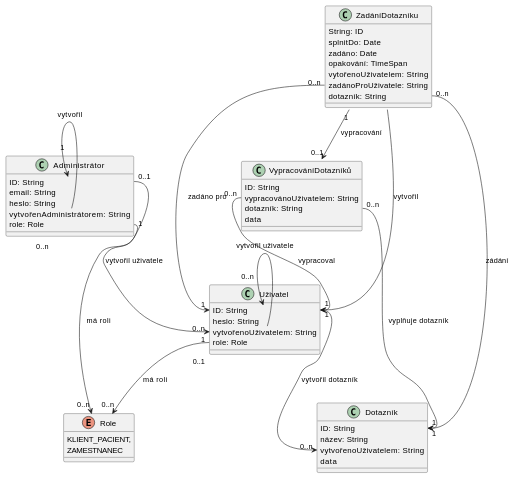
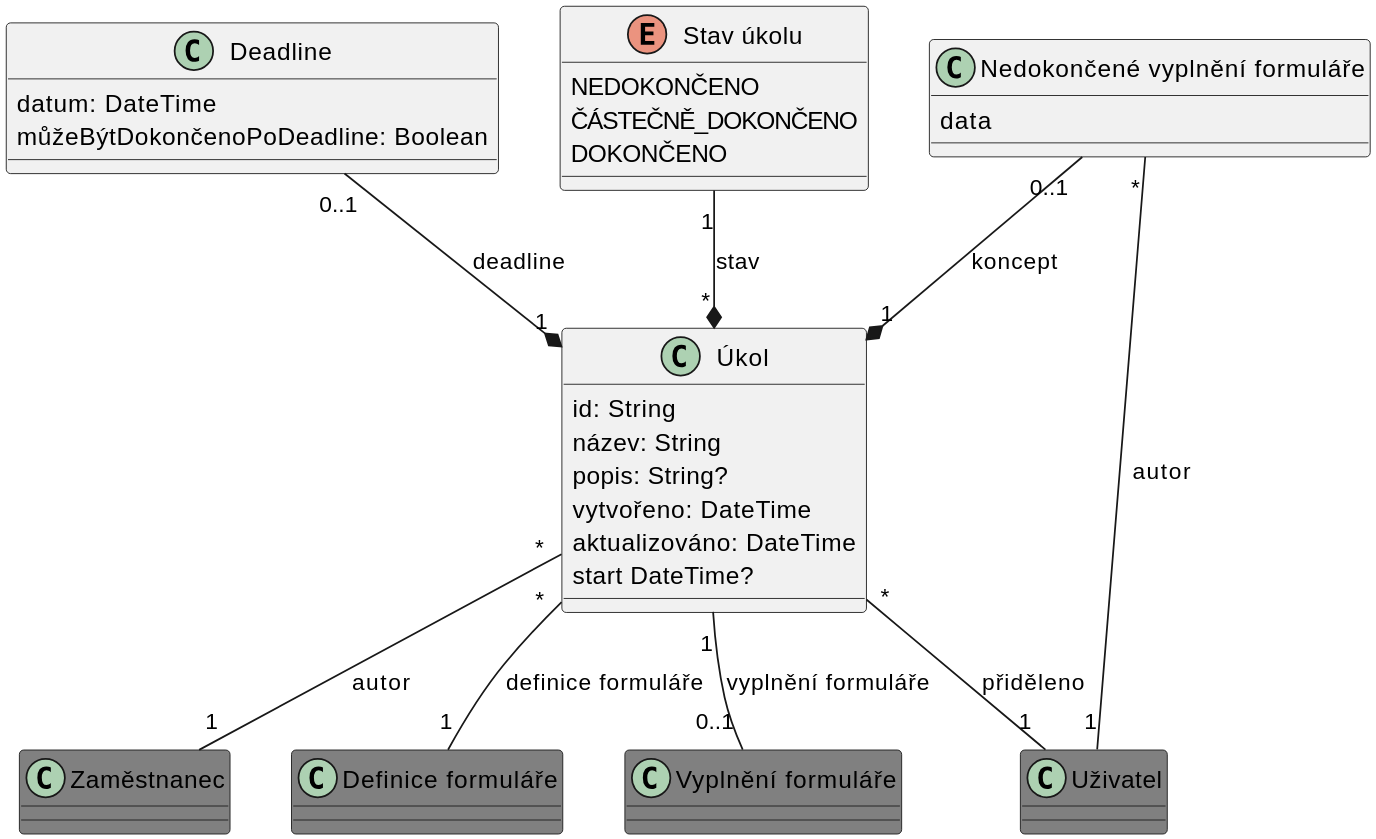
One commit to PatrikTrefil/mental-health-monitoring-platform changed the diagram in docs/docs/Technická dokumentace/Logický datový model.md. Above: the diagram before and after it, drawn with PlantUML. The commit also changed other lines of this file and 3 other files, not shown here.

````diff
--- a/docs/docs/Technická dokumentace/Logický datový model.md
+++ b/docs/docs/Technická dokumentace/Logický datový model.md
@@ -5,64 +12,47 @@
 ```plantuml
 @startuml
-enum Role {
-    KLIENT_PACIENT,
-    ZAMESTNANEC
-}
-class Administrátor {
-    ID: String
-    email: String
-    heslo: String
-    vytvořenAdministrátorem: String
-    role: Role
-}
-class Uživatel {
-    ID: String
-    heslo: String
-    vytvořenoUživatelem: String
-    role: Role
+skinparam dpi 300
+
+class User as "Uživatel" #grey {}
+class Employee as "Zaměstnanec" #grey {}
+class FormDefinition as "Definice formuláře" #grey {}
+class Submission as "Vyplnění formuláře" #grey {}
+
+class Task as "Úkol" {
+    id: String
+    název: String
+    popis: String?
+    vytvořeno: DateTime
+    aktualizováno: DateTime
+    start DateTime?
 }
 
-class Dotazník {
-    ID: String
-    název: String
-    vytvořenoUživatelem: String
+Task "*" -- "1" User : "přiděleno"
+Task "*" -- "1" FormDefinition : "definice formuláře"
+Task "1" -- "0..1" Submission : "vyplnění formuláře"
+Task "*" -- "1" Employee : "autor"
+
+class Deadline {
+    datum: DateTime
+    můžeBýtDokončenoPoDeadline: Boolean
+}
+
+Deadline "0..1" --* "1" Task : "deadline"
+
+enum TaskState as "Stav úkolu" {
+    NEDOKONČENO
+    ČÁSTEČNĚ_DOKONČENO
+    DOKONČENO
+}
+
+TaskState "1" --* "*" Task : "stav"
+
+class Draft as "Nedokončené vyplnění formuláře" {
     data
 }
 
-class VypracováníDotazníků {
-    ID: String
-    vypracovánoUživatelem: String
-    dotazník: String
-    data
-}
-
-class ZadáníDotazníku {
-    String: ID
-    splnitDo: Date
-    zadáno: Date
-    opakování: TimeSpan
-    vytořenoUživatelem: String
-    zadánoProUživatele: String
-    dotazník: String
-}
-
-Administrátor::vytvořenAdministrátorem "0..n" --> "1" Administrátor::ID : vytvořil
-
-ZadáníDotazníku::zadánoProUživatele "0..n" --> "1" Uživatel::ID : zadáno pro
-ZadáníDotazníku::dotazník "0..n" --> "1" Dotazník::ID : zádání
-ZadáníDotazníku "1" --> "0..1" VypracováníDotazníků : vypracování
-ZadáníDotazníku::vytvořenoUživatelem --> Uživatel::ID : vytvořil
-
-VypracováníDotazníků::dotazník "0..n" --> "1" Dotazník::ID : vyplňuje dotazník
-VypracováníDotazníků::vypracovánoUživatelem "0..n" --> "1" Uživatel::ID : vypracoval
-
-Administrátor::ID "0..1" --> "0..n" Uživatel::vytvořenoUživatelem : vytvořil uživatele
-Uživatel::vytvořenoUživatelem "0..1" --> "0..n" Uživatel::ID : vytvořil uživatele
-
-Uživatel::ID "1" --> "0..n" Dotazník::vytvořenoUživatelem : vytvořil dotazník
-
-Uživatel::role "1" --> "0..n" Role : má roli
-Administrátor::role "1" --> "0..n" Role : má roli
+Draft "0..1" --* "1" Task : "koncept"
+Draft "*" -- "1" User : "autor"
 
 @enduml
 ```
````
